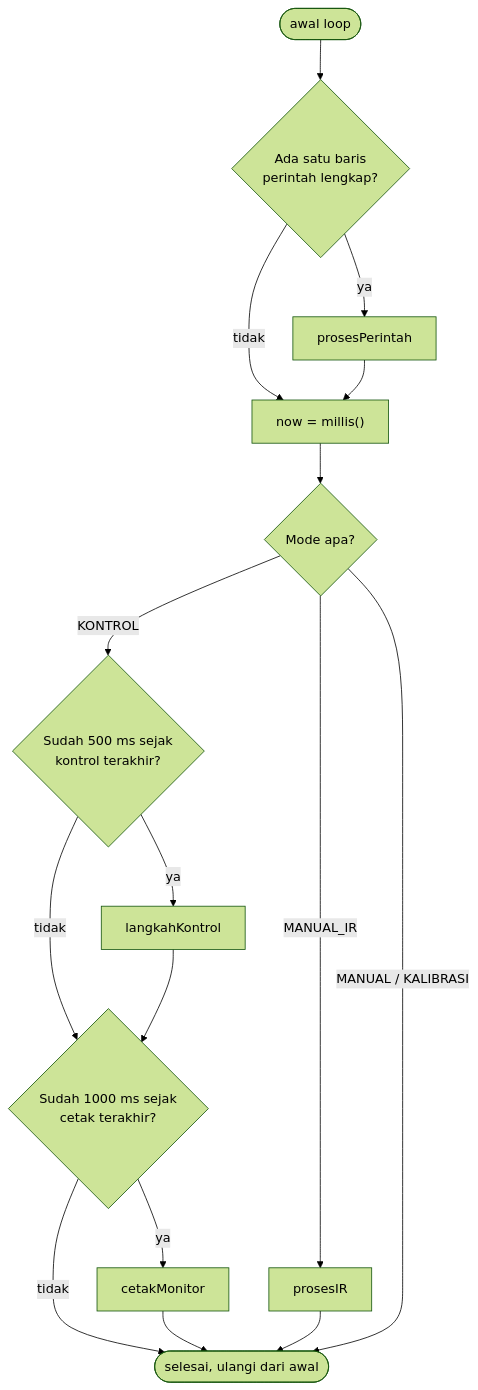
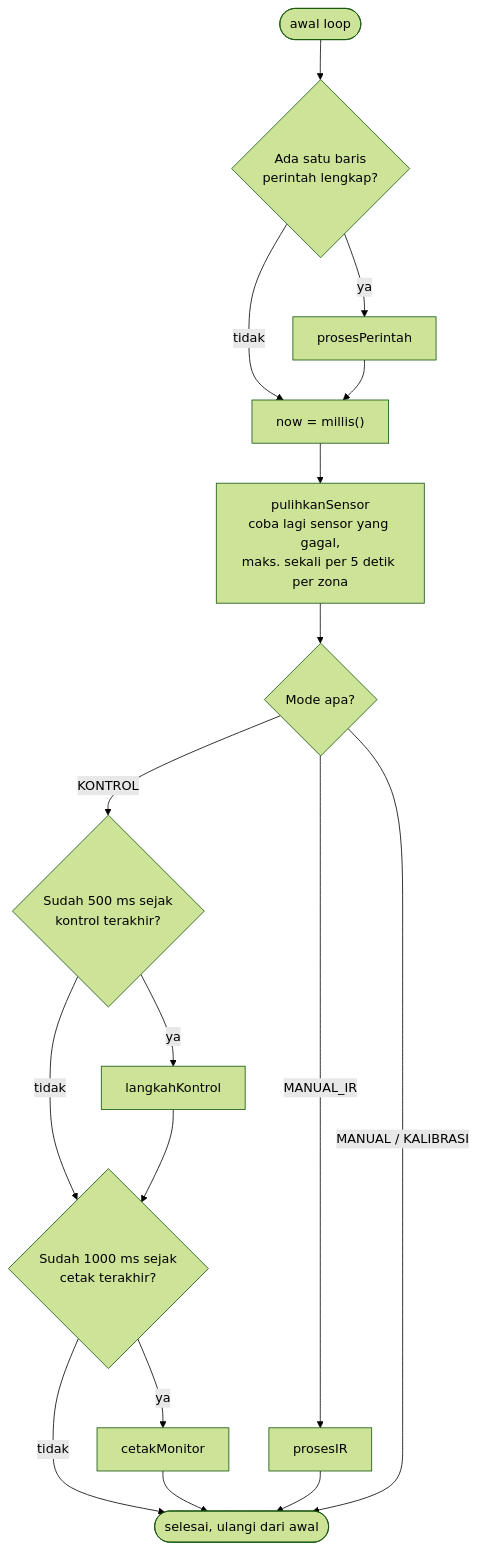
The second of 2 diagrams in docs/learning/03-alur-program.md (ardellrasen/TPT-Adaptive-Lighting), drawn with Mermaid (forest theme) before and after one commit. The commit also changed other lines of this file and 20 other files, not shown here.

````diff
--- a/docs/learning/03-alur-program.md
+++ b/docs/learning/03-alur-program.md
@@ -61,18 +63,19 @@
 ```mermaid
 flowchart TD
     Start([awal loop]) --> A{"Ada satu baris<br/>perintah lengkap?"}
     A -- ya --> B[prosesPerintah]
     A -- tidak --> C
     B --> C["now = millis()"]
-    C --> D{Mode apa?}
+    C --> R["pulihkanSensor<br/>coba lagi sensor yang gagal,<br/>maks. sekali per 5 detik per zona"]
+    R --> D{Mode apa?}
     D -- KONTROL --> E{"Sudah 500 ms sejak<br/>kontrol terakhir?"}
     E -- ya --> F[langkahKontrol]
     E -- tidak --> G
     F --> G{"Sudah 1000 ms sejak<br/>cetak terakhir?"}
     G -- ya --> H[cetakMonitor]
     G -- tidak --> End
     H --> End
     D -- MANUAL_IR --> I[prosesIR]
     I --> End
     D -- "MANUAL / KALIBRASI" --> End([selesai, ulangi dari awal])
 ```
````
